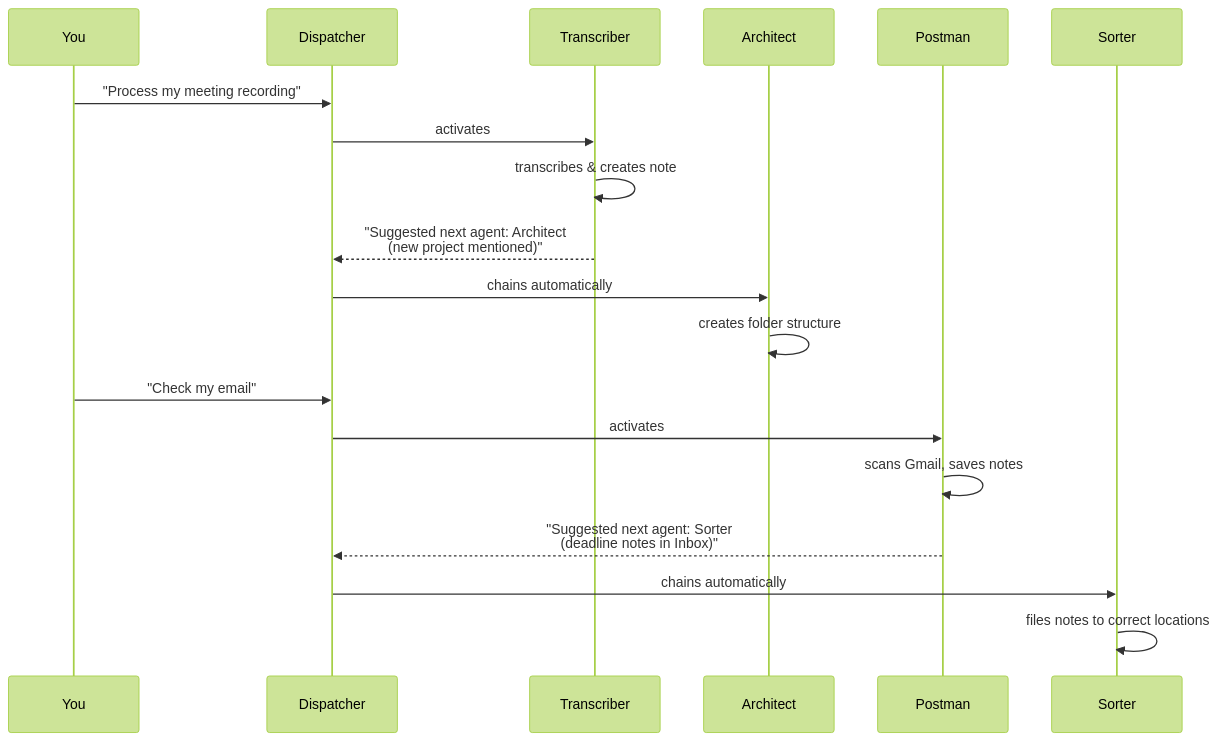
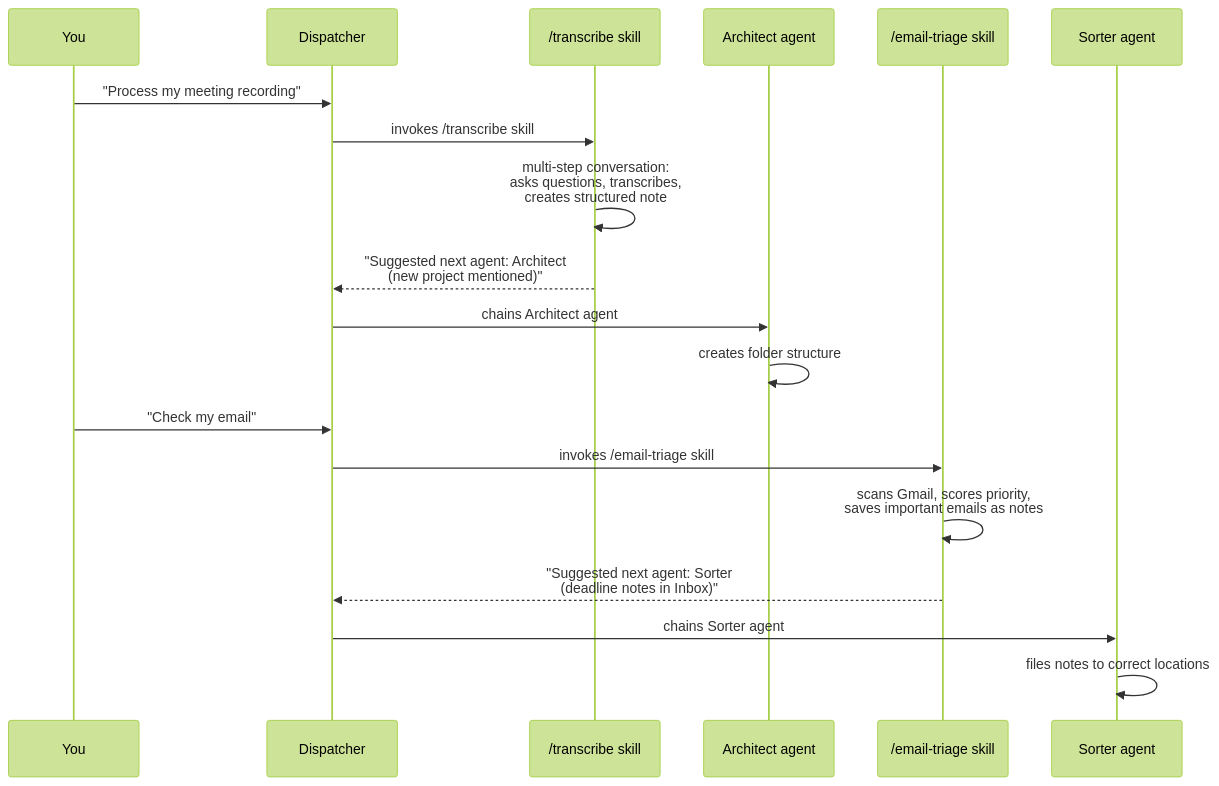
Before and after one commit to arpitbehera/My-Brain-Is-Full-Crew: the second of 2 diagrams in README.md, drawn with Mermaid (forest theme). The commit also changed other lines of this file and 40 other files, not shown here.

````diff
--- a/README.md
+++ b/README.md
@@ -147,23 +212,23 @@
 ```mermaid
 sequenceDiagram
     participant U as You
     participant D as Dispatcher
-    participant T as Transcriber
-    participant A as Architect
-    participant P as Postman
-    participant S as Sorter
+    participant TS as /transcribe skill
+    participant A as Architect agent
+    participant ES as /email-triage skill
+    participant S as Sorter agent
 
     U->>D: "Process my meeting recording"
-    D->>T: activates
-    T->>T: transcribes & creates note
-    T-->>D: "Suggested next agent: Architect<br/>(new project mentioned)"
-    D->>A: chains automatically
+    D->>TS: invokes /transcribe skill
+    TS->>TS: multi-step conversation:<br/>asks questions, transcribes,<br/>creates structured note
+    TS-->>D: "Suggested next agent: Architect<br/>(new project mentioned)"
+    D->>A: chains Architect agent
     A->>A: creates folder structure
 
     U->>D: "Check my email"
-    D->>P: activates
-    P->>P: scans Gmail, saves notes
-    P-->>D: "Suggested next agent: Sorter<br/>(deadline notes in Inbox)"
-    D->>S: chains automatically
+    D->>ES: invokes /email-triage skill
+    ES->>ES: scans Gmail, scores priority,<br/>saves important emails as notes
+    ES-->>D: "Suggested next agent: Sorter<br/>(deadline notes in Inbox)"
+    D->>S: chains Sorter agent
     S->>S: files notes to correct locations
 ```
````
